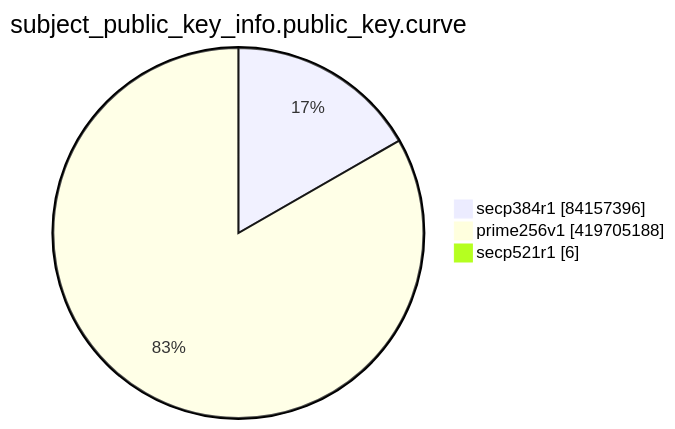
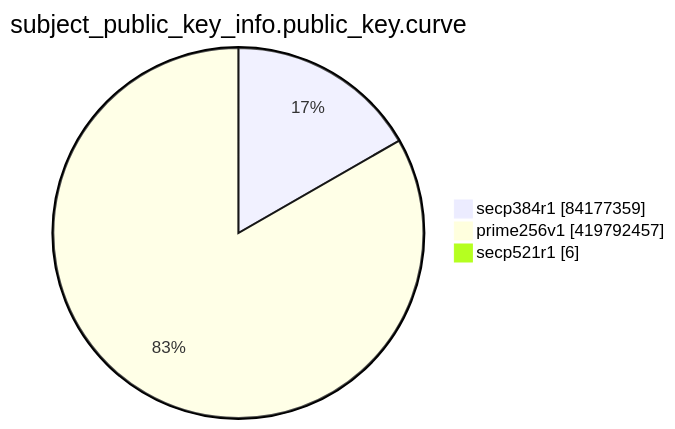
Before and after one commit to christiankrug/ctmonitor_visualization: the eighth of 15 diagrams in TOTAL/README.md, drawn with Mermaid. The commit also changed other lines of this file, not shown here.

````diff
--- a/TOTAL/README.md
+++ b/TOTAL/README.md
@@ -3099,7 +3099,7 @@
 ```mermaid
 pie showData
 title subject_public_key_info.public_key.curve
-"secp384r1" :84157396
-"prime256v1" :419705188
+"secp384r1" :84177359
+"prime256v1" :419792457
 "secp521r1" :6
 ```
````
